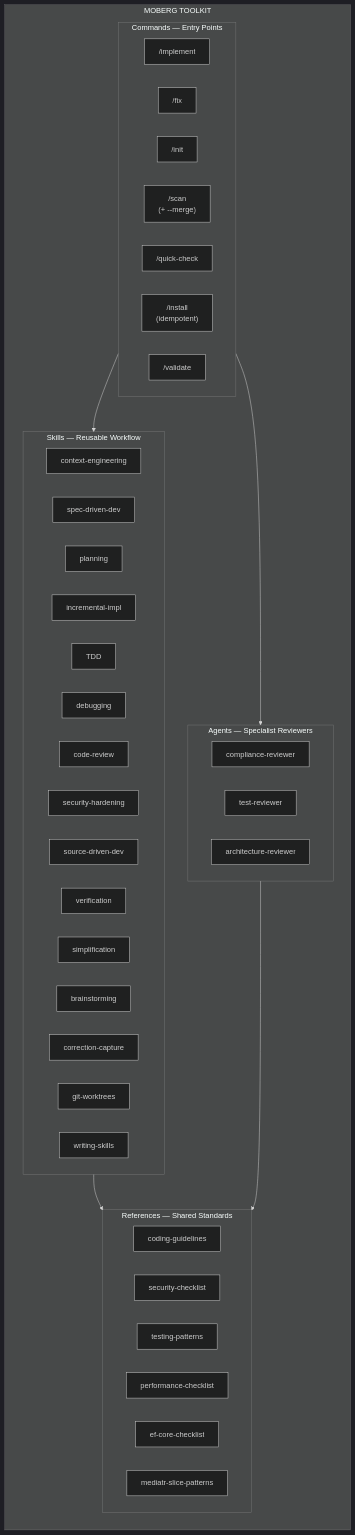
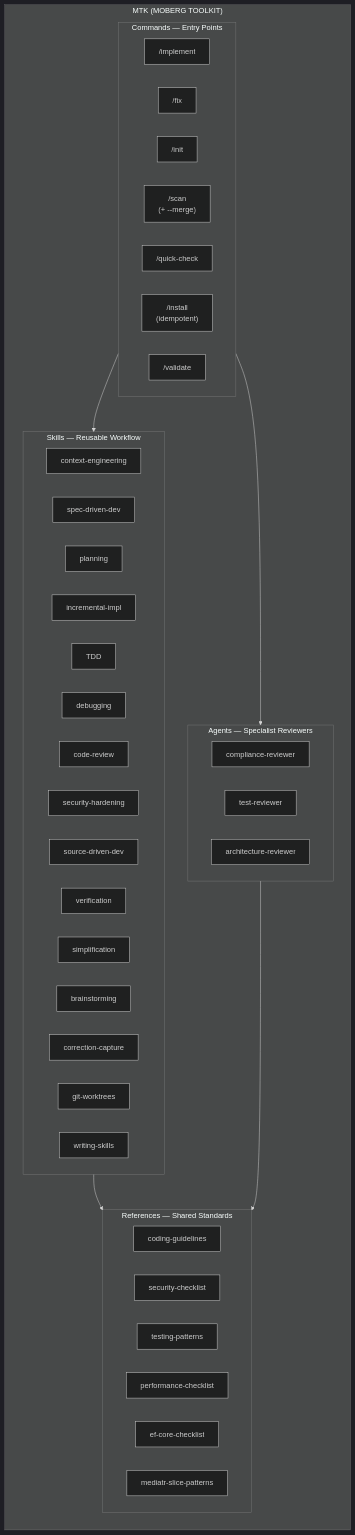
The first of 8 diagrams in README.md (moberghr/mtk-agent-toolkit), drawn with Mermaid (dark theme) before and after one commit. The commit also changed other lines of this file and 21 other files, not shown here.

````diff
--- a/README.md
+++ b/README.md
@@ -102,54 +102,54 @@
 ```mermaid
 graph TB
-    subgraph Toolkit["MOBERG TOOLKIT"]
+    subgraph Toolkit["MTK (MOBERG TOOLKIT)"]
         direction TB
 
         subgraph Commands["Commands — Entry Points"]
             implement["/implement"]
             fix["/fix"]
             init["/init"]
             scan["/scan<br/>(+ --merge)"]
             quickcheck["/quick-check"]
             install["/install<br/>(idempotent)"]
             validate["/validate"]
         end
 
         subgraph Skills["Skills — Reusable Workflow"]
             ctx["context-engineering"]
             spec["spec-driven-dev"]
             plan["planning"]
             impl["incremental-impl"]
             tdd["TDD"]
             debug["debugging"]
             review["code-review"]
             sec["security-hardening"]
             src["source-driven-dev"]
             verify["verification"]
             simplify["simplification"]
             brain["brainstorming"]
             corr["correction-capture"]
             wt["git-worktrees"]
             ws["writing-skills"]
         end
 
         subgraph Agents["Agents — Specialist Reviewers"]
             cr["compliance-reviewer"]
             tr["test-reviewer"]
             ar["architecture-reviewer"]
         end
 
         subgraph References["References — Shared Standards"]
             cg["coding-guidelines"]
             sc["security-checklist"]
             tp["testing-patterns"]
             pc["performance-checklist"]
             ef["ef-core-checklist"]
             ms["mediatr-slice-patterns"]
         end
     end
 
     Commands --> Skills
     Commands --> Agents
     Skills --> References
     Agents --> References
 ```
````
